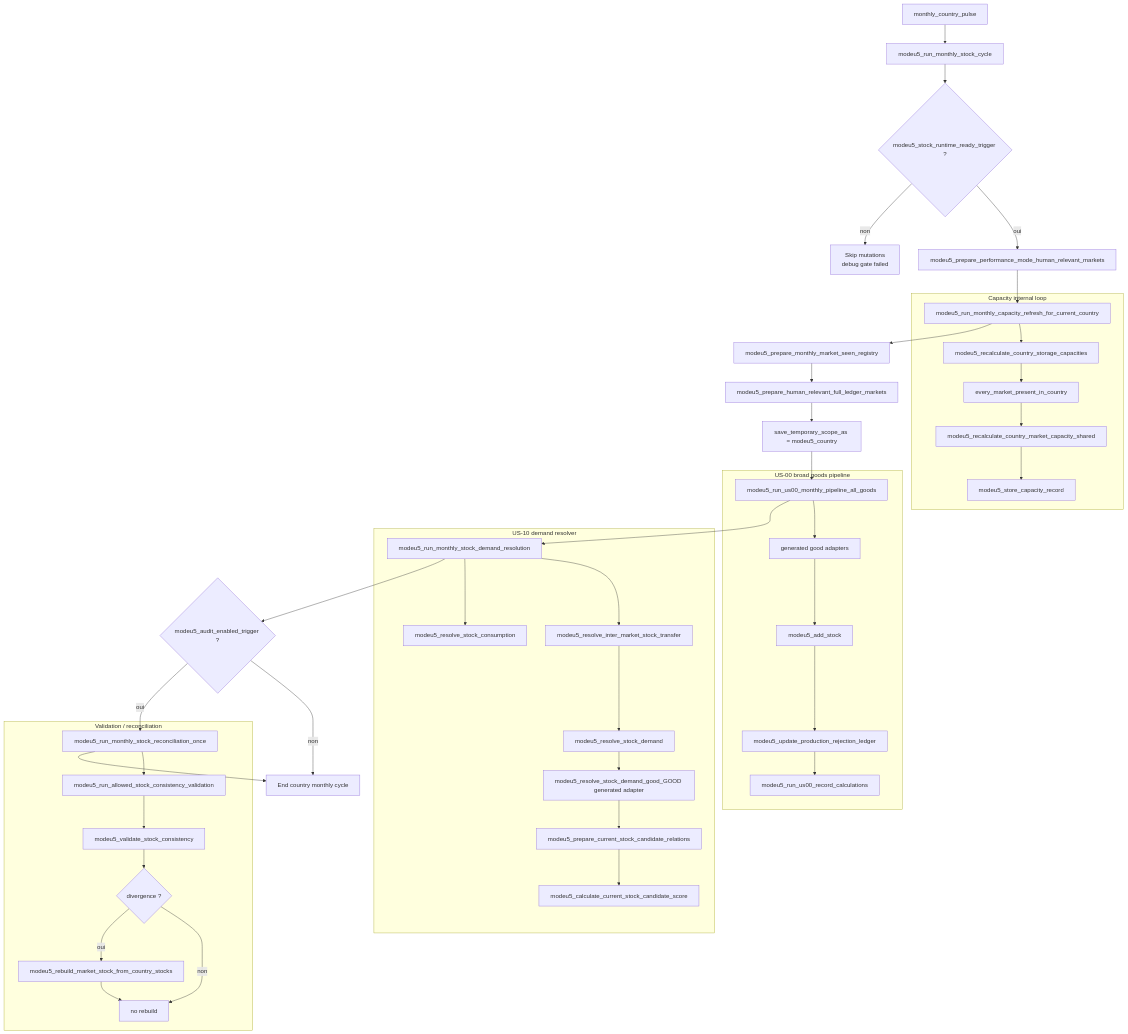
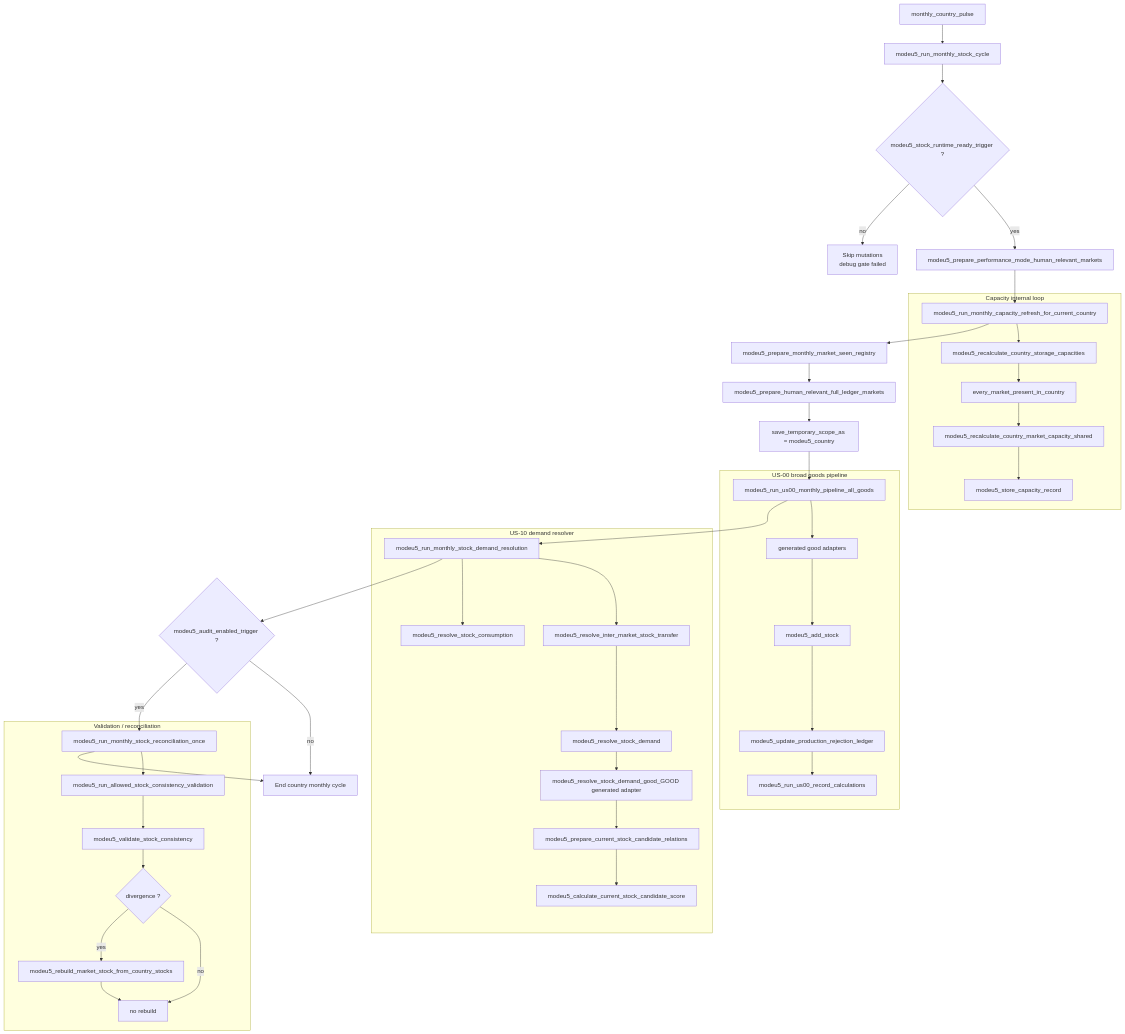
One commit to eu5mod/eu5-no-void-economy changed the first of 4 diagrams in docs/audits/pr126/Q5_flux_logique_global.md. Above: the diagram before and after it, drawn with Mermaid. The commit also changed other lines of this file, not shown here.

````diff
--- a/docs/audits/pr126/Q5_flux_logique_global.md
+++ b/docs/audits/pr126/Q5_flux_logique_global.md
@@ -15,49 +15,49 @@
 ```mermaid
 flowchart TD
     A[monthly_country_pulse] --> B[modeu5_run_monthly_stock_cycle]
     B --> C{modeu5_stock_runtime_ready_trigger ?}
-    C -->|non| D[Skip mutations<br/>debug gate failed]
-    C -->|oui| E1[modeu5_prepare_performance_mode_human_relevant_markets]
+    C -->|no| D[Skip mutations<br/>debug gate failed]
+    C -->|yes| E1[modeu5_prepare_performance_mode_human_relevant_markets]
     E1 --> E2[modeu5_run_monthly_capacity_refresh_for_current_country]
     E2 --> E3[modeu5_prepare_monthly_market_seen_registry]
     E3 --> E4[modeu5_prepare_human_relevant_full_ledger_markets]
     E4 --> E5[save_temporary_scope_as = modeu5_country]
     E5 --> E6[modeu5_run_us00_monthly_pipeline_all_goods]
     E6 --> E7[modeu5_run_monthly_stock_demand_resolution]
     E7 --> E8{modeu5_audit_enabled_trigger ?}
-    E8 -->|oui| E9[modeu5_run_monthly_stock_reconciliation_once]
-    E8 -->|non| E10[End country monthly cycle]
+    E8 -->|yes| E9[modeu5_run_monthly_stock_reconciliation_once]
+    E8 -->|no| E10[End country monthly cycle]
     E9 --> E10
 
     subgraph CAP[Capacity internal loop]
         E2 --> CAP1[modeu5_recalculate_country_storage_capacities]
         CAP1 --> CAP2[every_market_present_in_country]
         CAP2 --> CAP3[modeu5_recalculate_country_market_capacity_shared]
         CAP3 --> CAP4[modeu5_store_capacity_record]
     end
 
     subgraph US00[US-00 broad goods pipeline]
         E6 --> U1[generated good adapters]
         U1 --> U2[modeu5_add_stock]
         U2 --> U3[modeu5_update_production_rejection_ledger]
         U3 --> U4[modeu5_run_us00_record_calculations]
     end
 
     subgraph US10[US-10 demand resolver]
         E7 --> R1[modeu5_resolve_stock_consumption]
         E7 --> R2[modeu5_resolve_inter_market_stock_transfer]
         R2 --> R3[modeu5_resolve_stock_demand]
         R3 --> R4[modeu5_resolve_stock_demand_good_GOOD generated adapter]
         R4 --> R5[modeu5_prepare_current_stock_candidate_relations]
         R5 --> R6[modeu5_calculate_current_stock_candidate_score]
     end
 
     subgraph RECON[Validation / reconciliation]
         E9 --> V1[modeu5_run_allowed_stock_consistency_validation]
         V1 --> V2[modeu5_validate_stock_consistency]
         V2 --> V3{divergence ?}
-        V3 -->|oui| V4[modeu5_rebuild_market_stock_from_country_stocks]
-        V3 -->|non| V5[no rebuild]
+        V3 -->|yes| V4[modeu5_rebuild_market_stock_from_country_stocks]
+        V3 -->|no| V5[no rebuild]
         V4 --> V5
     end
 ```
````
